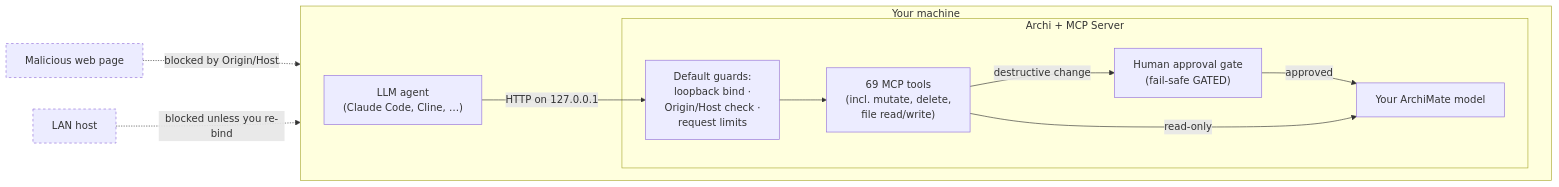
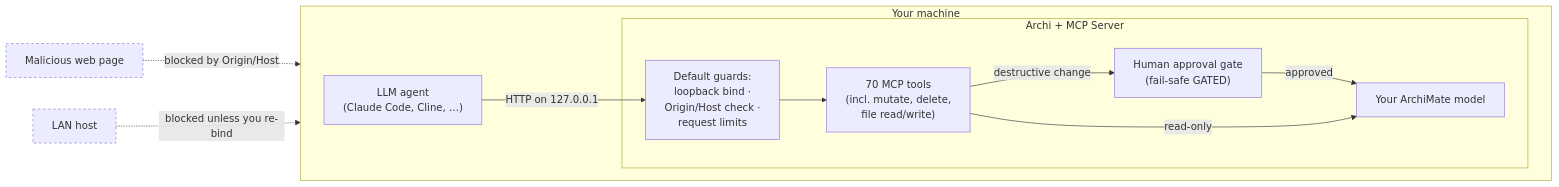
Before and after one commit to fanievh/archi-mcp-server: the diagram in SECURITY.md, drawn with Mermaid. The commit also changed other lines of this file and 520 other files, not shown here.

````diff
--- a/SECURITY.md
+++ b/SECURITY.md
@@ -25,23 +25,23 @@
 ```mermaid
 flowchart LR
     subgraph machine["Your machine"]
         direction LR
         agent["LLM agent<br/>(Claude Code, Cline, …)"]
         subgraph archi["Archi + MCP Server"]
             gate["Default guards:<br/>loopback bind ·<br/>Origin/Host check ·<br/>request limits"]
-            tools["69 MCP tools<br/>(incl. mutate, delete,<br/>file read/write)"]
+            tools["70 MCP tools<br/>(incl. mutate, delete,<br/>file read/write)"]
             human["Human approval gate<br/>(fail-safe GATED)"]
             model["Your ArchiMate model"]
             gate --> tools
             tools -->|destructive change| human
             human -->|approved| model
             tools -->|read-only| model
         end
         agent -->|"HTTP on 127.0.0.1"| gate
     end
     web["Malicious web page"] -. blocked by Origin/Host .-> gate
     lan["LAN host"] -. blocked unless you re-bind .-> gate
 
     classDef block stroke-dasharray: 4 4;
     class web,lan block;
 ```
````
